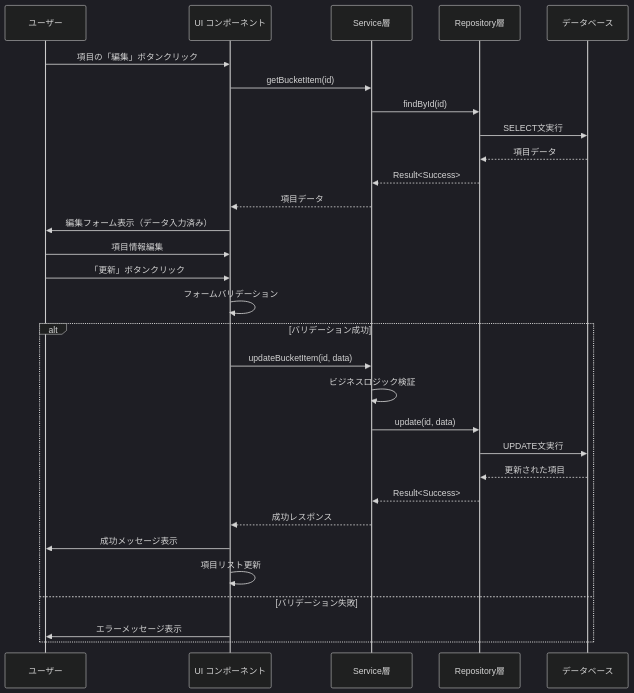
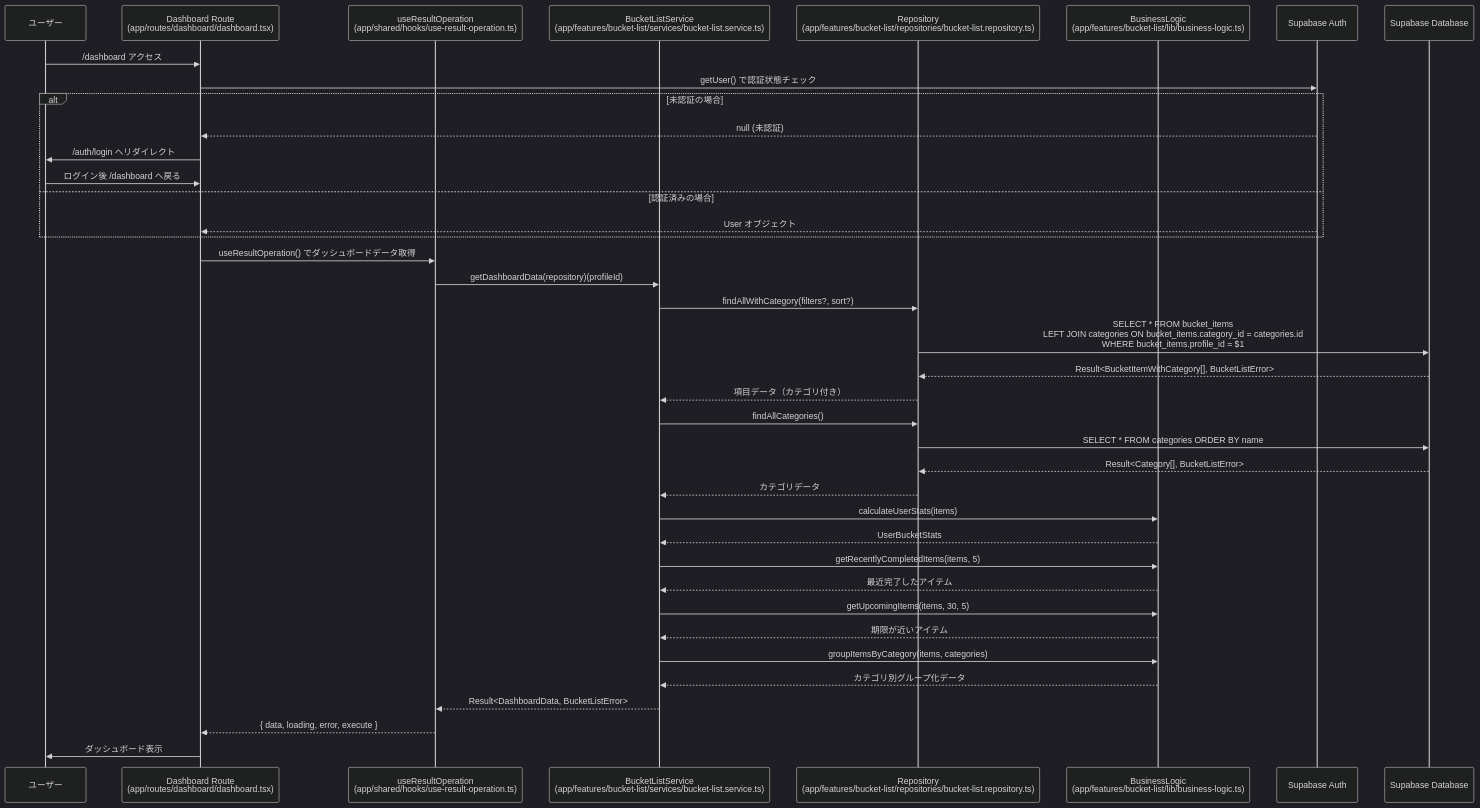
The first of 7 diagrams in docs/development/user-flow-sequence-diagrams.md (stopod/bucket-list-app), drawn with Mermaid (dark theme) before and after one commit. The commit also changed other lines of this file, not shown here.

First line of the commit message:
feat: シーケンス図の詳細化完了 - 開発者向け実装詳細追加

````diff
--- a/docs/development/user-flow-sequence-diagrams.md
+++ b/docs/development/user-flow-sequence-diagrams.md
@@ -69,36 +7,47 @@
 ```mermaid
 sequenceDiagram
     participant User as ユーザー
-    participant UI as UI コンポーネント
-    participant Service as Service層
-    participant Repository as Repository層
-    participant DB as データベース
+    participant Route as Dashboard Route<br/>(app/routes/dashboard/dashboard.tsx)
+    participant Hook as useResultOperation<br/>(app/shared/hooks/use-result-operation.ts)
+    participant Service as BucketListService<br/>(app/features/bucket-list/services/bucket-list.service.ts)
+    participant Repo as Repository<br/>(app/features/bucket-list/repositories/bucket-list.repository.ts)
+    participant BL as BusinessLogic<br/>(app/features/bucket-list/lib/business-logic.ts)
+    participant Auth as Supabase Auth
+    participant DB as Supabase Database
 
-    User->>UI: 項目の「編集」ボタンクリック
-    UI->>Service: getBucketItem(id)
-    Service->>Repository: findById(id)
-    Repository->>DB: SELECT文実行
-    DB-->>Repository: 項目データ
-    Repository-->>Service: Result<Success>
-    Service-->>UI: 項目データ
-    UI->>User: 編集フォーム表示（データ入力済み）
+    User->>Route: /dashboard アクセス
+    Route->>Auth: getUser() で認証状態チェック
     
-    User->>UI: 項目情報編集
-    User->>UI: 「更新」ボタンクリック
+    alt 未認証の場合
+        Auth-->>Route: null (未認証)
+        Route->>User: /auth/login へリダイレクト
+        User->>Route: ログイン後 /dashboard へ戻る
+    else 認証済みの場合
+        Auth-->>Route: User オブジェクト
+    end
     
-    UI->>UI: フォームバリデーション
+    Route->>Hook: useResultOperation() でダッシュボードデータ取得
+    Hook->>Service: getDashboardData(repository)(profileId)
+    Service->>Repo: findAllWithCategory(filters?, sort?)
+    Repo->>DB: SELECT * FROM bucket_items<br/>LEFT JOIN categories ON bucket_items.category_id = categories.id<br/>WHERE bucket_items.profile_id = $1
+    DB-->>Repo: Result<BucketItemWithCategory[], BucketListError>
+    Repo-->>Service: 項目データ（カテゴリ付き）
     
-    alt バリデーション成功
-        UI->>Service: updateBucketItem(id, data)
-        Service->>Service: ビジネスロジック検証
-        Service->>Repository: update(id, data)
-        Repository->>DB: UPDATE文実行
-        DB-->>Repository: 更新された項目
-        Repository-->>Service: Result<Success>
-        Service-->>UI: 成功レスポンス
-        UI->>User: 成功メッセージ表示
-        UI->>UI: 項目リスト更新
-    else バリデーション失敗
-        UI->>User: エラーメッセージ表示
-    end
+    Service->>Repo: findAllCategories()
+    Repo->>DB: SELECT * FROM categories ORDER BY name
+    DB-->>Repo: Result<Category[], BucketListError>
+    Repo-->>Service: カテゴリデータ
+    
+    Service->>BL: calculateUserStats(items)
+    BL-->>Service: UserBucketStats
+    Service->>BL: getRecentlyCompletedItems(items, 5)
+    BL-->>Service: 最近完了したアイテム
+    Service->>BL: getUpcomingItems(items, 30, 5)
+    BL-->>Service: 期限が近いアイテム
+    Service->>BL: groupItemsByCategory(items, categories)
+    BL-->>Service: カテゴリ別グループ化データ
+    
+    Service-->>Hook: Result<DashboardData, BucketListError>
+    Hook-->>Route: { data, loading, error, execute }
+    Route->>User: ダッシュボード表示
 ```
````
